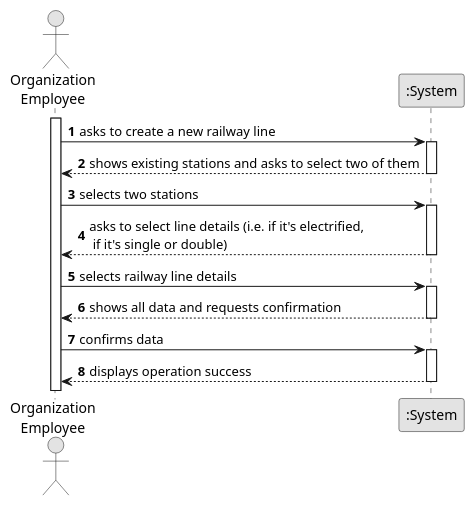
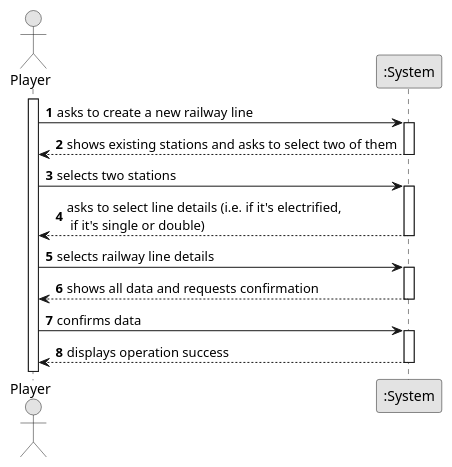
The diagram in docs/system-documentation/US008/01.requirements-engineering/puml/US008-SSD.puml (1240826/empire-on-tracks), drawn with PlantUML before and after one commit. The commit also changed 3 other files, not shown here.

```diff
--- a/docs/system-documentation/US008/01.requirements-engineering/puml/US008-SSD.puml
+++ b/docs/system-documentation/US008/01.requirements-engineering/puml/US008-SSD.puml
@@ -1,36 +1,36 @@
 @startuml
 skinparam monochrome true
 skinparam packageStyle rectangle
 skinparam shadowing false
 
 autonumber
 
-actor "Organization\nEmployee" as Employee
+actor "Player" as Player
 participant ":System" as System
 
-activate Employee
+activate Player
 
-    Employee -> System : asks to create a new railway line
+    Player -> System : asks to create a new railway line
     activate System
 
-        System --> Employee : shows existing stations and asks to select two of them
+        System --> Player : shows existing stations and asks to select two of them
     deactivate System
 
-    Employee -> System : selects two stations
+    Player -> System : selects two stations
     activate System
 
-        System --> Employee : asks to select line details (i.e. if it's electrified,\n if it's single or double)
+        System --> Player : asks to select line details (i.e. if it's electrified,\n if it's single or double)
     deactivate System
 
-    Employee -> System : selects railway line details
+    Player -> System : selects railway line details
     activate System
 
-        System --> Employee : shows all data and requests confirmation
+        System --> Player : shows all data and requests confirmation
     deactivate System
 
-    Employee -> System : confirms data
+    Player -> System : confirms data
     activate System
 
-        System --> Employee : displays operation success
+        System --> Player : displays operation success
     deactivate System
 @enduml
```
